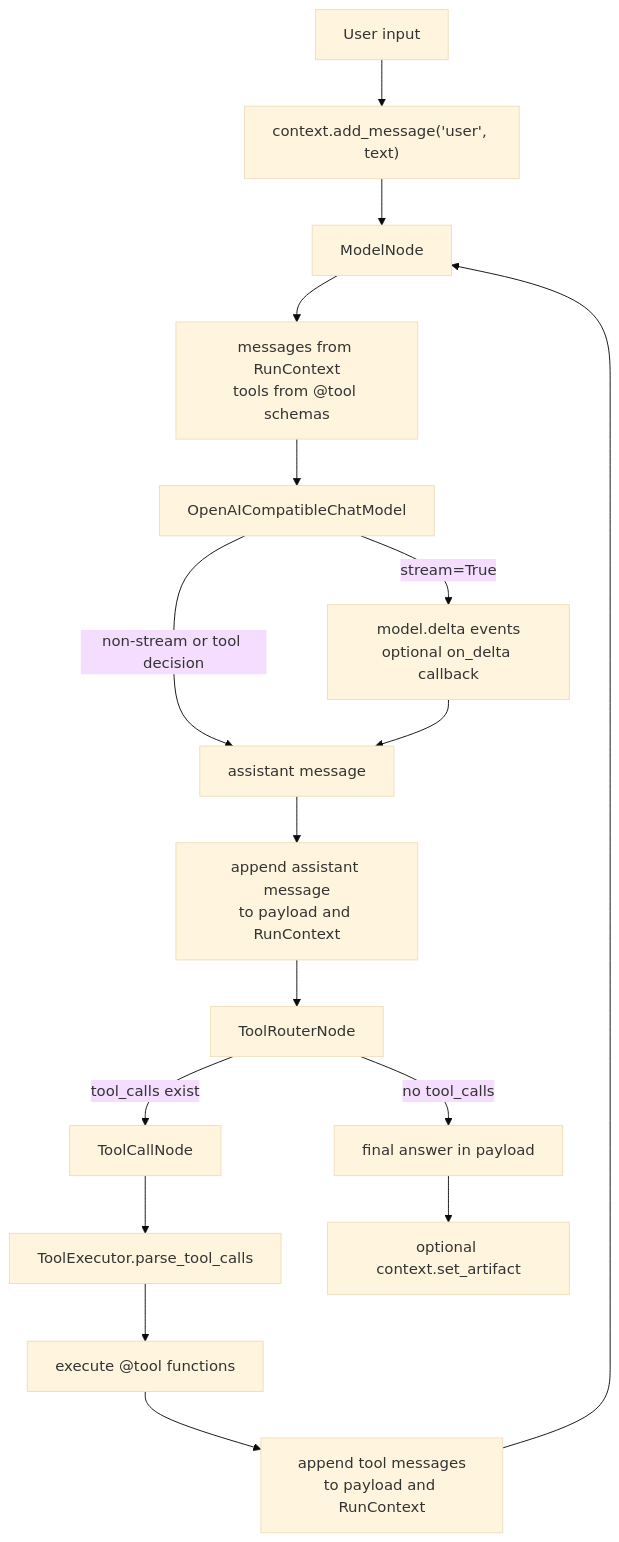
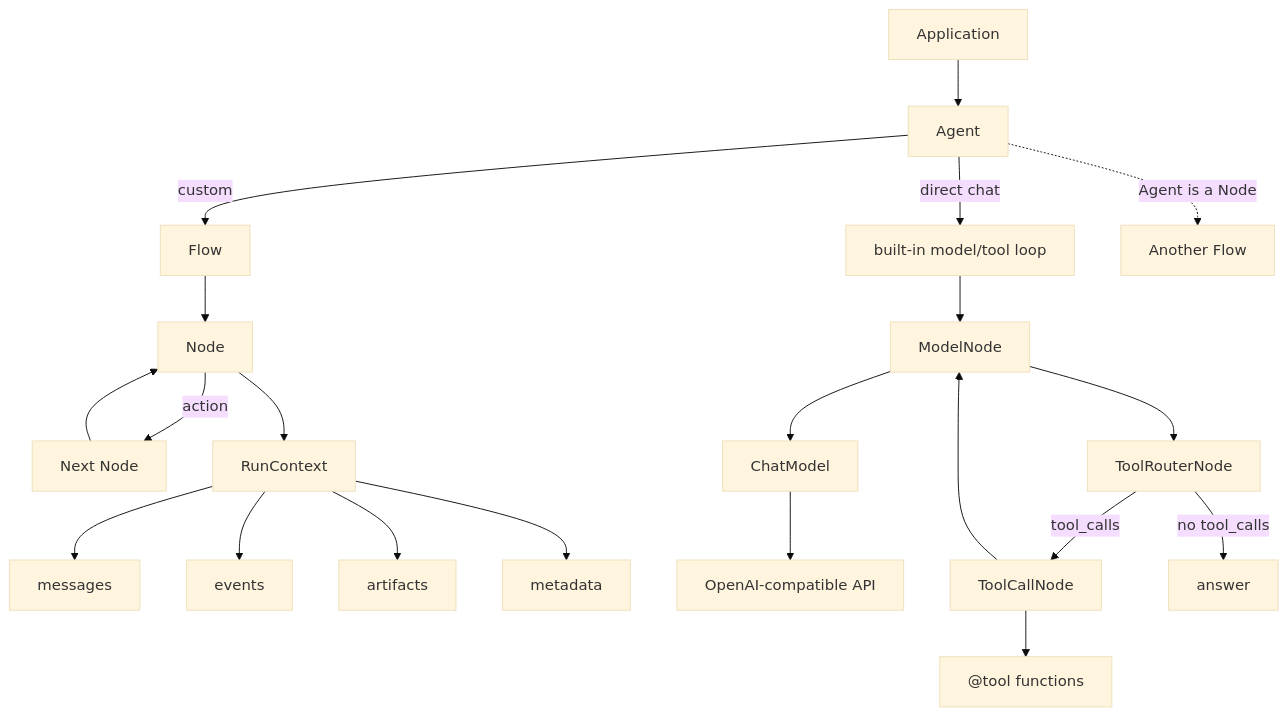
One commit to Lancetwang/agent-core-runtime changed the diagram in README.md. Above: the diagram before and after it, drawn with Mermaid (base theme). The commit also changed other lines of this file and 17 other files, not shown here.

````diff
--- a/README.md
+++ b/README.md
@@ -61,21 +22,26 @@
 ```mermaid
 flowchart TD
-    User["User input"] --> AddUser["context.add_message('user', text)"]
-    AddUser --> ModelNode["ModelNode"]
-    ModelNode --> BuildRequest["messages from RunContext<br/>tools from @tool schemas"]
-    BuildRequest --> Adapter["OpenAICompatibleChatModel"]
-    Adapter -->|"non-stream or tool decision"| AssistantMessage["assistant message"]
-    Adapter -->|"stream=True"| Delta["model.delta events<br/>optional on_delta callback"]
-    Delta --> AssistantMessage
-    AssistantMessage --> StoreAssistant["append assistant message<br/>to payload and RunContext"]
-    StoreAssistant --> Router["ToolRouterNode"]
+    App["Application"] --> Agent["Agent"]
+    Agent -->|"direct chat"| BuiltIn["built-in model/tool loop"]
+    Agent -->|"custom"| Flow["Flow"]
+    Agent -. "Agent is a Node" .-> OuterFlow["Another Flow"]
 
-    Router -->|"tool_calls exist"| ToolNode["ToolCallNode"]
-    ToolNode --> ParseCalls["ToolExecutor.parse_tool_calls"]
-    ParseCalls --> ExecuteTools["execute @tool functions"]
-    ExecuteTools --> ToolMessages["append tool messages<br/>to payload and RunContext"]
-    ToolMessages --> ModelNode
+    Flow --> Node["Node"]
+    Node -->|"action"| Next["Next Node"]
+    Next --> Node
 
-    Router -->|"no tool_calls"| Final["final answer in payload"]
-    Final --> Artifact["optional context.set_artifact"]
+    Node --> Context["RunContext"]
+    Context --> Messages["messages"]
+    Context --> Events["events"]
+    Context --> Artifacts["artifacts"]
+    Context --> Metadata["metadata"]
+
+    BuiltIn --> ModelNode["ModelNode"]
+    ModelNode --> ChatModel["ChatModel"]
+    ChatModel --> OpenAI["OpenAI-compatible API"]
+    ModelNode --> Router["ToolRouterNode"]
+    Router -->|"tool_calls"| ToolNode["ToolCallNode"]
+    ToolNode --> Tools["@tool functions"]
+    ToolNode --> ModelNode
+    Router -->|"no tool_calls"| Answer["answer"]
 ```
````
